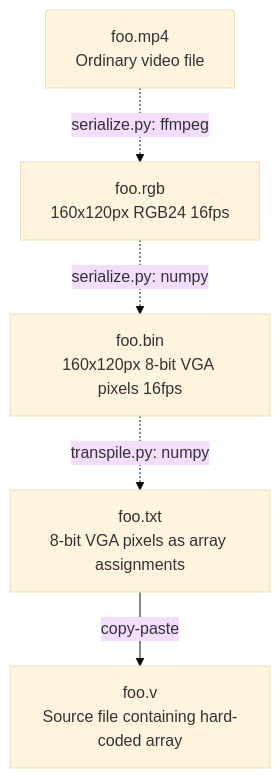
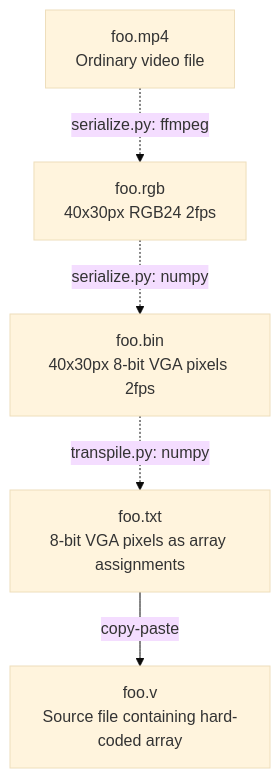
The diagram in README.md (vinlin24/csm152a-lab4), drawn with Mermaid (base theme) before and after one commit. The commit also changed other lines of this file, not shown here.

Commit message:
Update mentions of resolution and fps

````diff
--- a/README.md
+++ b/README.md
@@ -41,12 +41,12 @@
 ```mermaid
 flowchart TD;
   mp4[foo.mp4\nOrdinary video file];
-  rgb[foo.rgb\n160x120px RGB24 16fps];
-  bin[foo.bin\n160x120px 8-bit VGA pixels 16fps];
+  rgb[foo.rgb\n40x30px RGB24 2fps];
+  bin[foo.bin\n40x30px 8-bit VGA pixels 2fps];
   txt[foo.txt\n8-bit VGA pixels as array assignments];
   v[foo.v\nSource file containing hard-coded array];
   mp4-.-> |serialize.py: ffmpeg| rgb;
   rgb-.-> |serialize.py: numpy| bin;
   bin-.-> |transpile.py: numpy| txt;
   txt--> |copy-paste| v;
 ```
````
